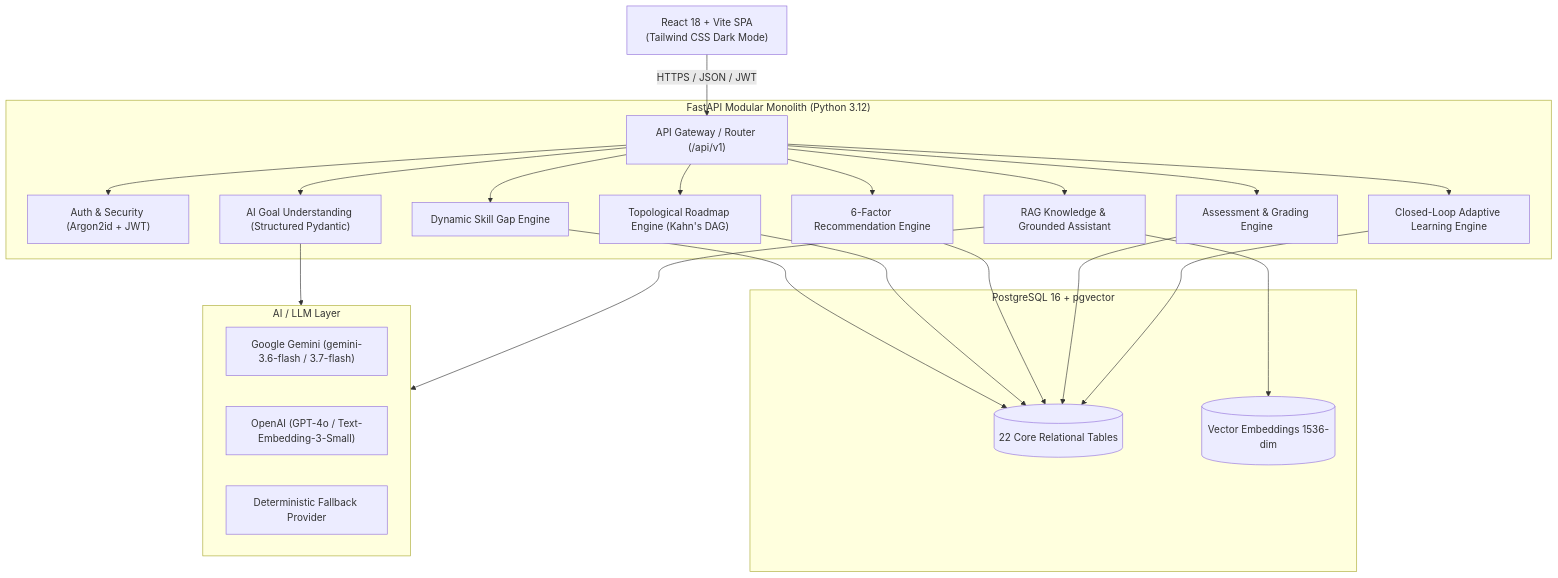
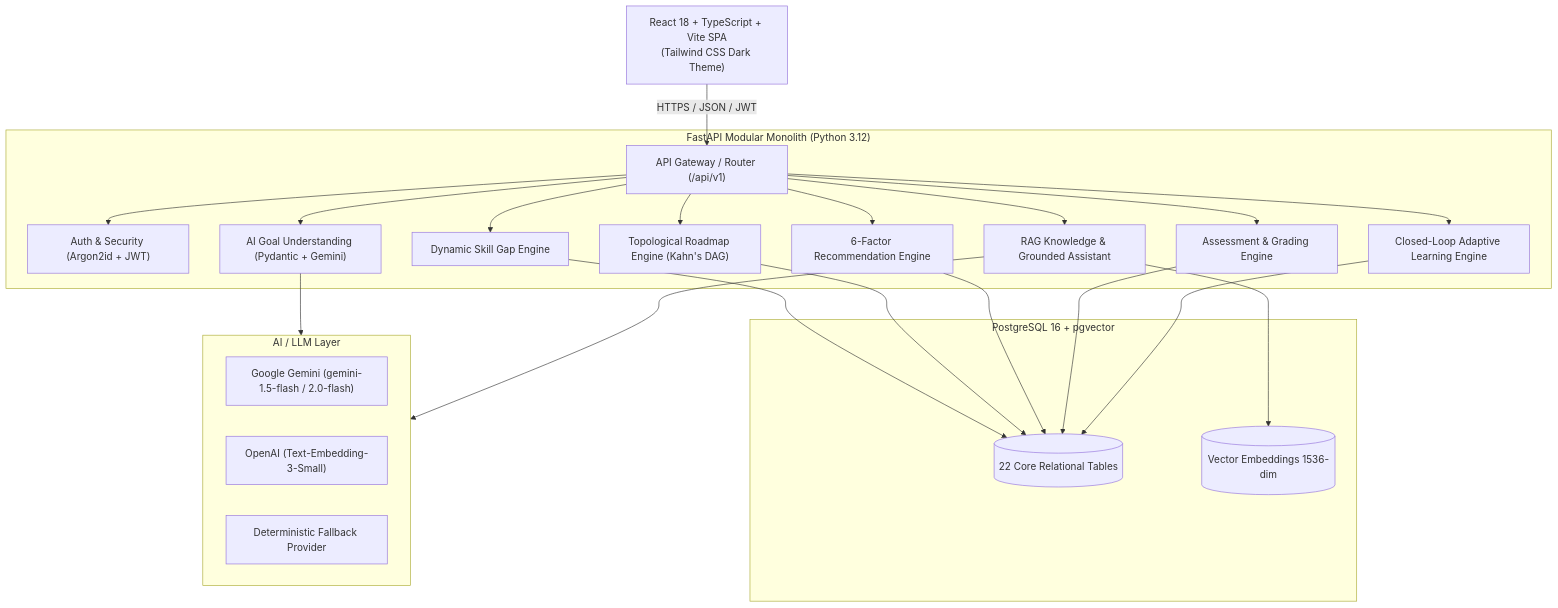
Before and after one commit to sumitsharma29/pathfinder: the diagram in README.md, drawn with Mermaid. The commit also changed other lines of this file and 36 other files, not shown here.

````diff
--- a/README.md
+++ b/README.md
@@ -33,47 +92,47 @@
 ```mermaid
 graph TD
-    Client["React 18 + Vite SPA<br/>(Tailwind CSS Dark Mode)"]
+    Client["React 18 + TypeScript + Vite SPA<br/>(Tailwind CSS Dark Theme)"]
     
     subgraph FastAPI_Backend ["FastAPI Modular Monolith (Python 3.12)"]
         Router["API Gateway / Router (/api/v1)"]
         AuthService["Auth & Security (Argon2id + JWT)"]
-        GoalService["AI Goal Understanding (Structured Pydantic)"]
+        GoalService["AI Goal Understanding (Pydantic + Gemini)"]
         SkillGapService["Dynamic Skill Gap Engine"]
         RoadmapService["Topological Roadmap Engine (Kahn's DAG)"]
         RecomService["6-Factor Recommendation Engine"]
         AssessService["Assessment & Grading Engine"]
         AdaptiveService["Closed-Loop Adaptive Learning Engine"]
         RAGService["RAG Knowledge & Grounded Assistant"]
     end
     
     subgraph Data_Layer ["PostgreSQL 16 + pgvector"]
         DB[(22 Core Relational Tables)]
         VectorIndex[(Vector Embeddings 1536-dim)]
     end
     
     subgraph AI_Providers ["AI / LLM Layer"]
-        Gemini["Google Gemini (gemini-3.6-flash / 3.7-flash)"]
-        OpenAI["OpenAI (GPT-4o / Text-Embedding-3-Small)"]
+        Gemini["Google Gemini (gemini-1.5-flash / 2.0-flash)"]
+        OpenAI["OpenAI (Text-Embedding-3-Small)"]
         MockLLM["Deterministic Fallback Provider"]
     end
 
     Client -->|HTTPS / JSON / JWT| Router
     Router --> AuthService
     Router --> GoalService
     Router --> SkillGapService
     Router --> RoadmapService
     Router --> RecomService
     Router --> AssessService
     Router --> AdaptiveService
     Router --> RAGService
     
     GoalService --> AI_Providers
     RAGService --> AI_Providers
     RAGService --> VectorIndex
     
     SkillGapService --> DB
     RoadmapService --> DB
     RecomService --> DB
     AssessService --> DB
     AdaptiveService --> DB
 ```
````
